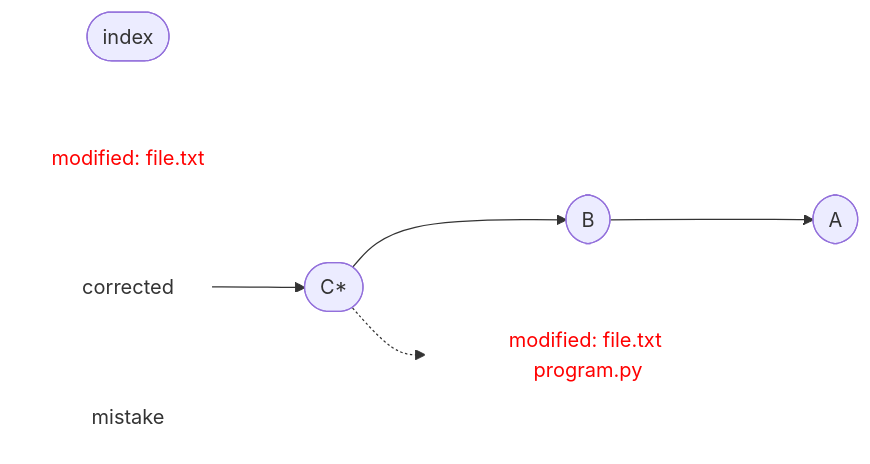
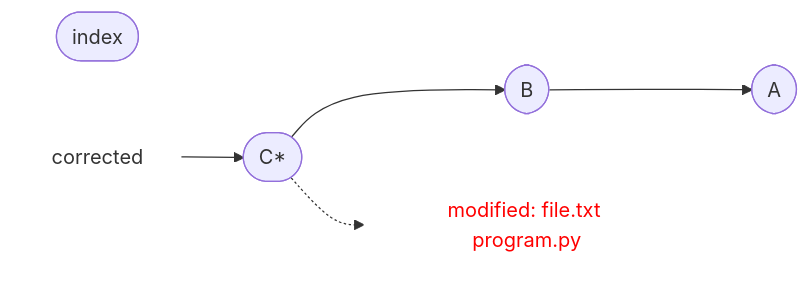
Diagram 11 of 11 in docs/commits.md (hpc2n/course-intro-git), drawn with Mermaid before and after one commit. The commit also changed other lines of this file, not shown here.

Commit message:
Converting to github markdown mermaid style

````diff
--- a/docs/commits.md
+++ b/docs/commits.md
@@ -1083,25 +1076,19 @@
 ```mermaid
 graph LR
 
   index(["index"])
-
-  file3["modified: file.txt"]
-  style file3 fill:#ffffff,stroke:#ffffff,color:#ff0000
 
   A(["A"])
   C(["C*"])
   B(["B"])
   C --> B
   B --> A
 
   corr["corrected"]
   style corr fill:#ffffff,stroke:#ffffff
   corr --> C
 
-  amistake["mistake"]
-  style amistake fill:#ffffff,stroke:#ffffff
-
   file2["modified: file.txt program.py"]
   style file2 fill:#ffffff,stroke:#ffffff,color:#ff0000
   C -.-> file2
 ```
````
